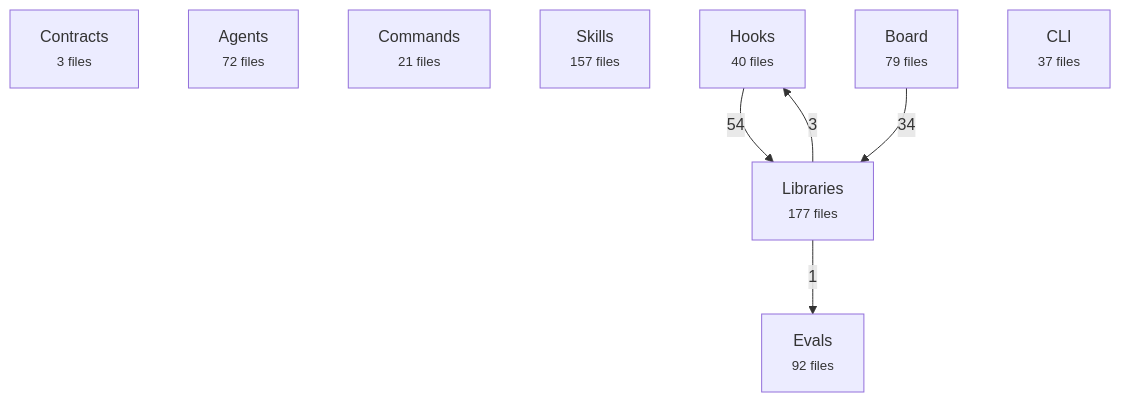
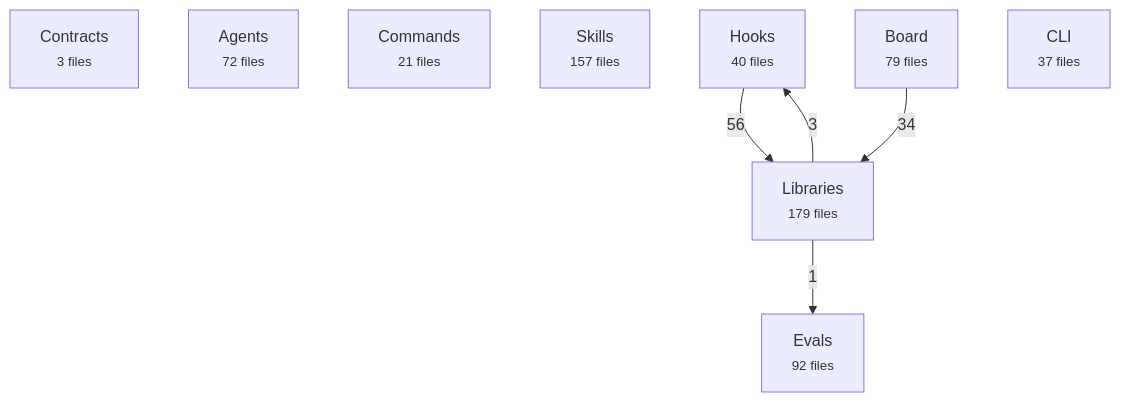
One commit to avelikiy/great_cto changed the first of 2 diagrams in docs/reference/architecture-map.md. Above: the diagram before and after it, drawn with Mermaid. The commit also changed other lines of this file and 5 other files, not shown here.

````diff
--- a/docs/reference/architecture-map.md
+++ b/docs/reference/architecture-map.md
@@ -20,16 +20,16 @@
 ```mermaid
 flowchart TD
   contracts["Contracts<br/><small>3 files</small>"]
   agents["Agents<br/><small>72 files</small>"]
   commands["Commands<br/><small>21 files</small>"]
   skills["Skills<br/><small>157 files</small>"]
   hooks["Hooks<br/><small>40 files</small>"]
-  libs["Libraries<br/><small>177 files</small>"]
+  libs["Libraries<br/><small>179 files</small>"]
   board["Board<br/><small>79 files</small>"]
   cli["CLI<br/><small>37 files</small>"]
   evals["Evals<br/><small>92 files</small>"]
-  hooks -->|54| libs
+  hooks -->|56| libs
   board -->|34| libs
   libs -->|3| hooks
   libs -->|1| evals
 ```
````
